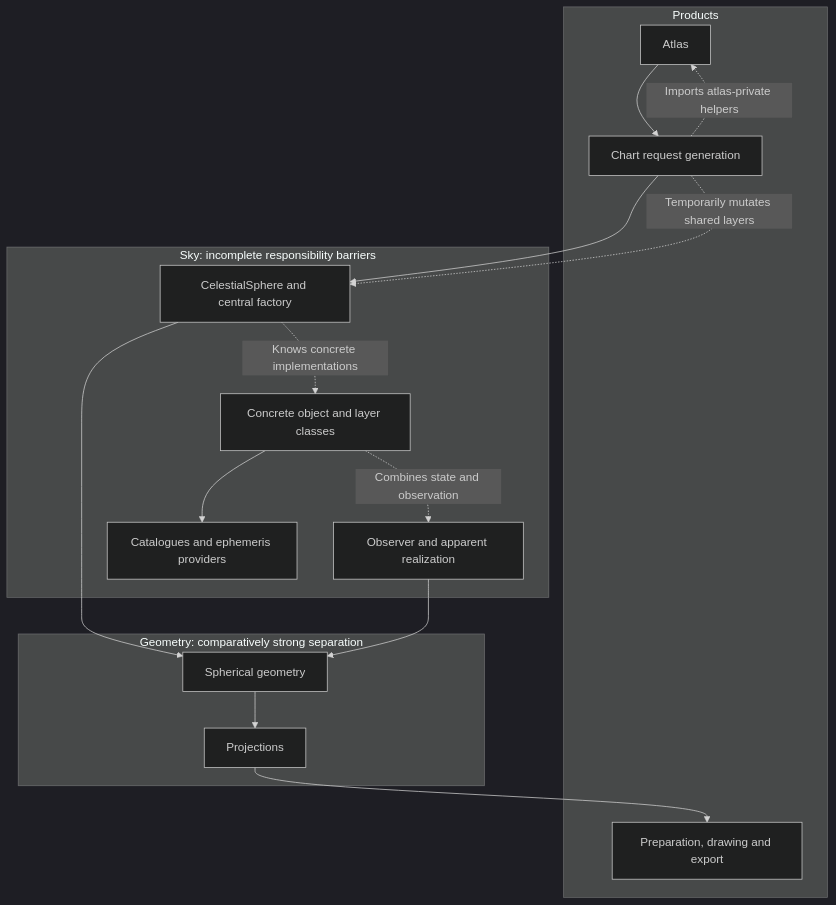
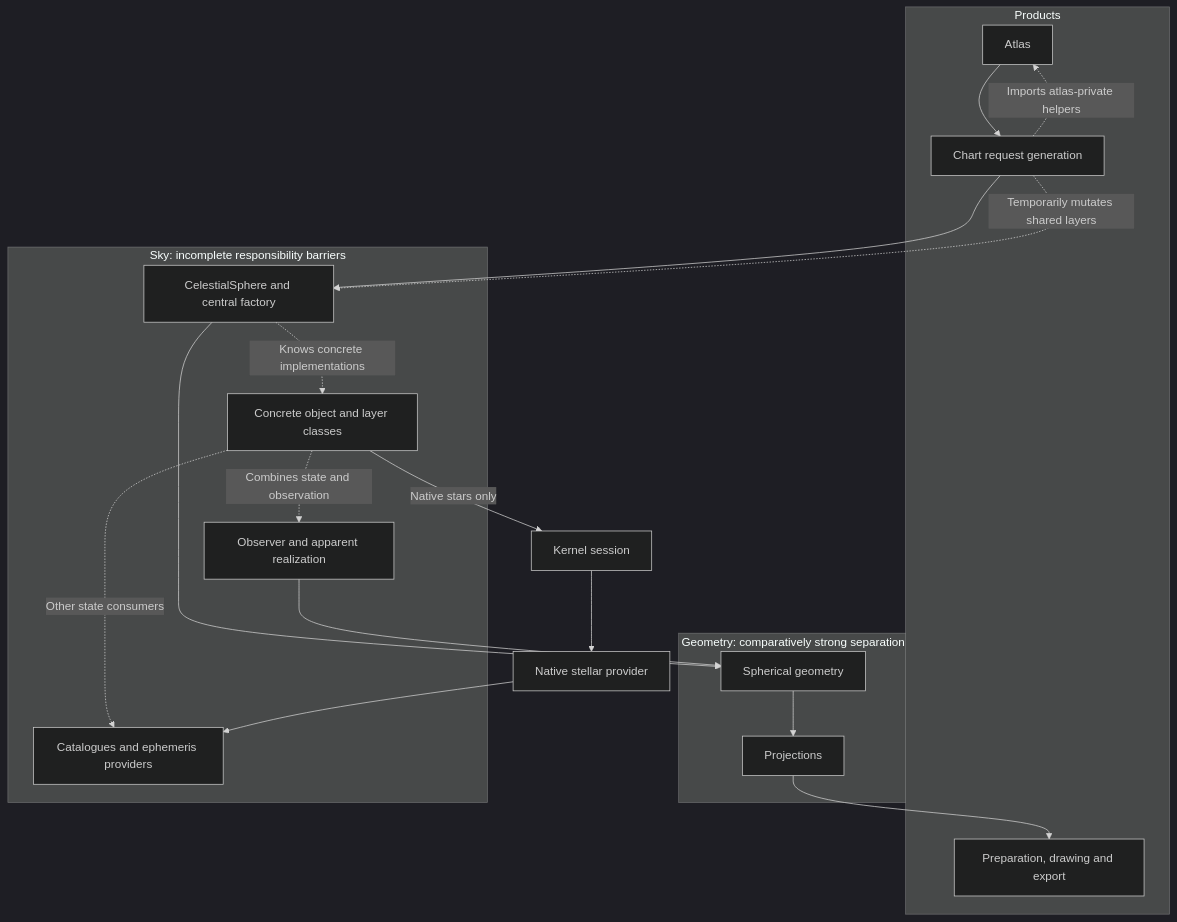
One commit to fselman/wenu changed the first of 2 diagrams in docs/developer/kernel_roadmap_v0.9.5.md. Above: the diagram before and after it, drawn with Mermaid (dark theme). The commit also changed other lines of this file and 18 other files, not shown here.

Commit message:
Route native stellar realization through a legacy kernel provider

````diff
--- a/docs/developer/kernel_roadmap_v0.9.5.md
+++ b/docs/developer/kernel_roadmap_v0.9.5.md
@@ -67,29 +74,32 @@
 ```mermaid
 flowchart TB
     subgraph Products["Products"]
         A["Atlas"]
         C["Chart request generation"]
         R["Preparation, drawing and export"]
     end
     subgraph Geometry["Geometry: comparatively strong separation"]
         P["Projections"]
         G["Spherical geometry"]
     end
     subgraph Sky["Sky: incomplete responsibility barriers"]
         S["CelestialSphere and central factory"]
         L["Concrete object and layer classes"]
         O["Observer and apparent realization"]
         D["Catalogues and ephemeris providers"]
     end
     A --> C
     C -. "Imports atlas-private helpers" .-> A
     C --> S
     S --> G
     G --> P
     P --> R
     S -. "Knows concrete implementations" .-> L
     C -. "Temporarily mutates shared layers" .-> S
-    L --> D
+    L -. "Other state consumers" .-> D
+    L -->|"Native stars only"| K["Kernel session"]
+    K --> N["Native stellar provider"]
+    N --> D
     L -. "Combines state and observation" .-> O
     O --> G
 ```
````
